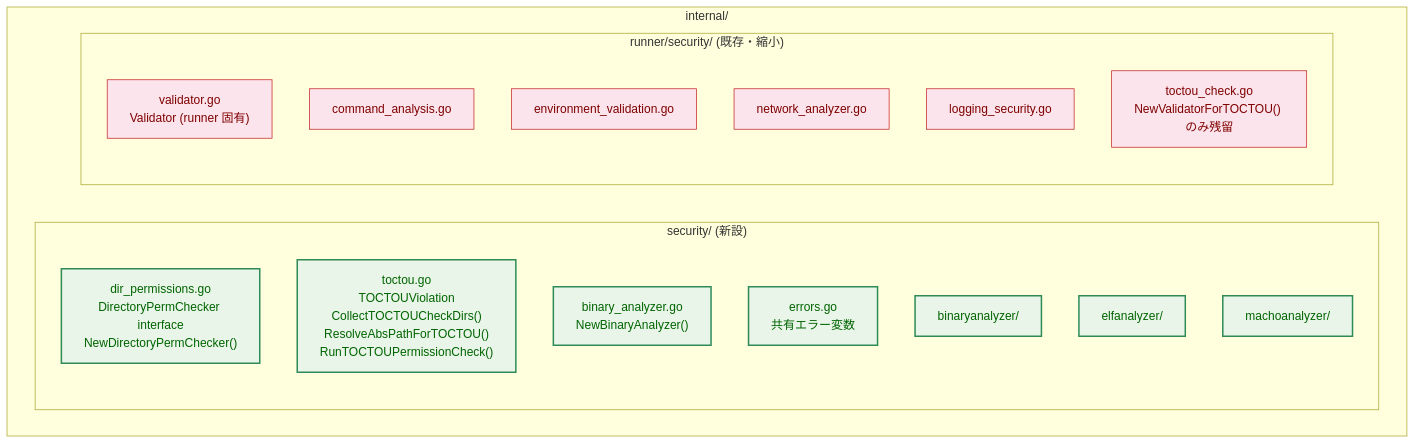
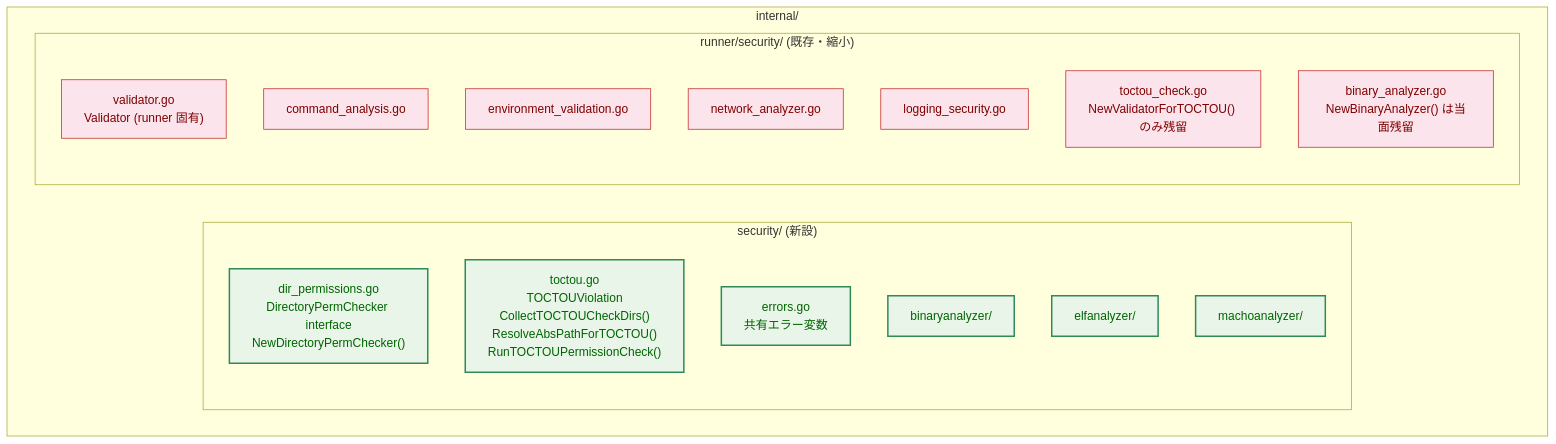
One commit to isseis/go-safe-cmd-runner changed the fifth of 9 diagrams in docs/tasks/0113_security_package_restructure/02_architecture.md. Above: the diagram before and after it, drawn with Mermaid. The commit also changed other lines of this file and 2 other files, not shown here.

````diff
--- a/docs/tasks/0113_security_package_restructure/02_architecture.md
+++ b/docs/tasks/0113_security_package_restructure/02_architecture.md
@@ -152,30 +154,30 @@
 ```mermaid
 graph TB
     classDef newpkg fill:#e8f5e8,stroke:#2e8b57,stroke-width:2px,color:#006400;
     classDef runner fill:#fce4ec,stroke:#c62828,stroke-width:1px,color:#7f0000;
     classDef unchanged fill:#fff1e6,stroke:#ff7f0e,stroke-width:1px,color:#8a3e00;
 
     subgraph internal ["internal/"]
         subgraph security_new ["security/ (新設)"]
             DPC["dir_permissions.go<br>DirectoryPermChecker interface<br>NewDirectoryPermChecker()"]
             TC["toctou.go<br>TOCTOUViolation<br>CollectTOCTOUCheckDirs()<br>ResolveAbsPathForTOCTOU()<br>RunTOCTOUPermissionCheck()"]
-            BAN["binary_analyzer.go<br>NewBinaryAnalyzer()"]
             ERR["errors.go<br>共有エラー変数"]
             BA2["binaryanalyzer/"]
             EA2["elfanalyzer/"]
             MA2["machoanalyzer/"]
         end
 
         subgraph runner_sec ["runner/security/ (既存・縮小)"]
             VAL["validator.go<br>Validator (runner 固有)"]
             CA["command_analysis.go"]
             ENV["environment_validation.go"]
             NET["network_analyzer.go"]
             LOG["logging_security.go"]
             TOCTOU_KEEP["toctou_check.go<br>NewValidatorForTOCTOU() のみ残留"]
+            BIN_KEEP["binary_analyzer.go<br>NewBinaryAnalyzer() は当面残留"]
         end
     end
 
-    class DPC,TC,BAN,ERR,BA2,EA2,MA2 newpkg;
-    class VAL,CA,ENV,NET,LOG,TOCTOU_KEEP runner;
+    class DPC,TC,ERR,BA2,EA2,MA2 newpkg;
+    class VAL,CA,ENV,NET,LOG,TOCTOU_KEEP,BIN_KEEP runner;
 ```
````
